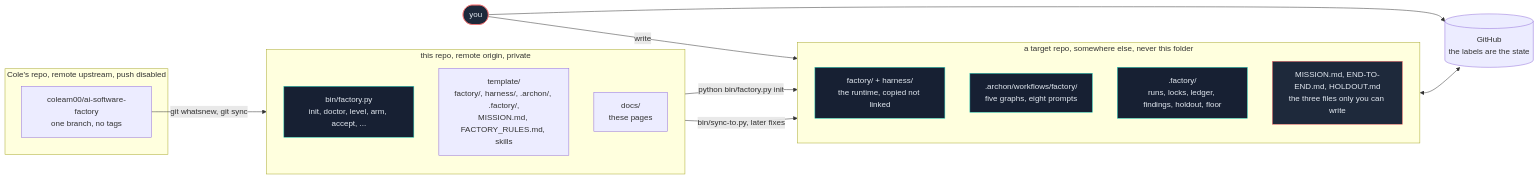
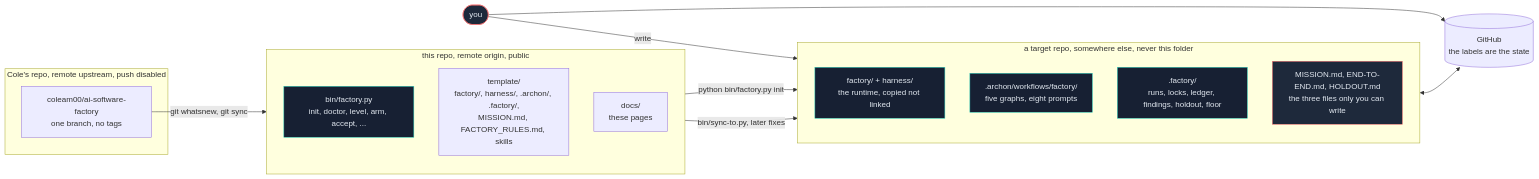
Before and after one commit to az9713/ai-software-factory-tutorial: the diagram in docs/index.md, drawn with Mermaid. The commit also changed 6 other files, not shown here.

First line of the commit message:
docs: rename repo to ai-software-factory-tutorial, made public

````diff
--- a/docs/index.md
+++ b/docs/index.md
@@ -21,31 +21,31 @@
 ```mermaid
 flowchart LR
   subgraph cole [Cole's repo, remote upstream, push disabled]
     UP[coleam00/ai-software-factory<br/>one branch, no tags]
   end
-  subgraph here [this repo, remote origin, private]
+  subgraph here [this repo, remote origin, public]
     direction TB
     BIN[bin/factory.py<br/>init, doctor, level, arm, accept, ...]
     TPL[template/<br/>factory/, harness/, .archon/, .factory/,<br/>MISSION.md, FACTORY_RULES.md, skills]
     DOC[docs/<br/>these pages]
   end
   subgraph target [a target repo, somewhere else, never this folder]
     direction TB
     F[factory/ + harness/<br/>the runtime, copied not linked]
     W[.archon/workflows/factory/<br/>five graphs, eight prompts]
     S[.factory/<br/>runs, locks, ledger, findings, holdout, floor]
     G[MISSION.md, END-TO-END.md, HOLDOUT.md<br/>the three files only you can write]
   end
   GH[(GitHub<br/>the labels are the state)]
   YOU([you])
   UP -- git whatsnew, git sync --> here
   BIN -- python bin/factory.py init --> target
   BIN -- bin/sync-to.py, later fixes --> target
   F <--> GH
   YOU --> GH
   YOU -- write --> G
   classDef code fill:#172033,stroke:#2dd4bf,color:#e2e8f0
   classDef human fill:#1e293b,stroke:#f87171,color:#e2e8f0
   class BIN,F,W,S code
   class YOU,G human
 ```
````
